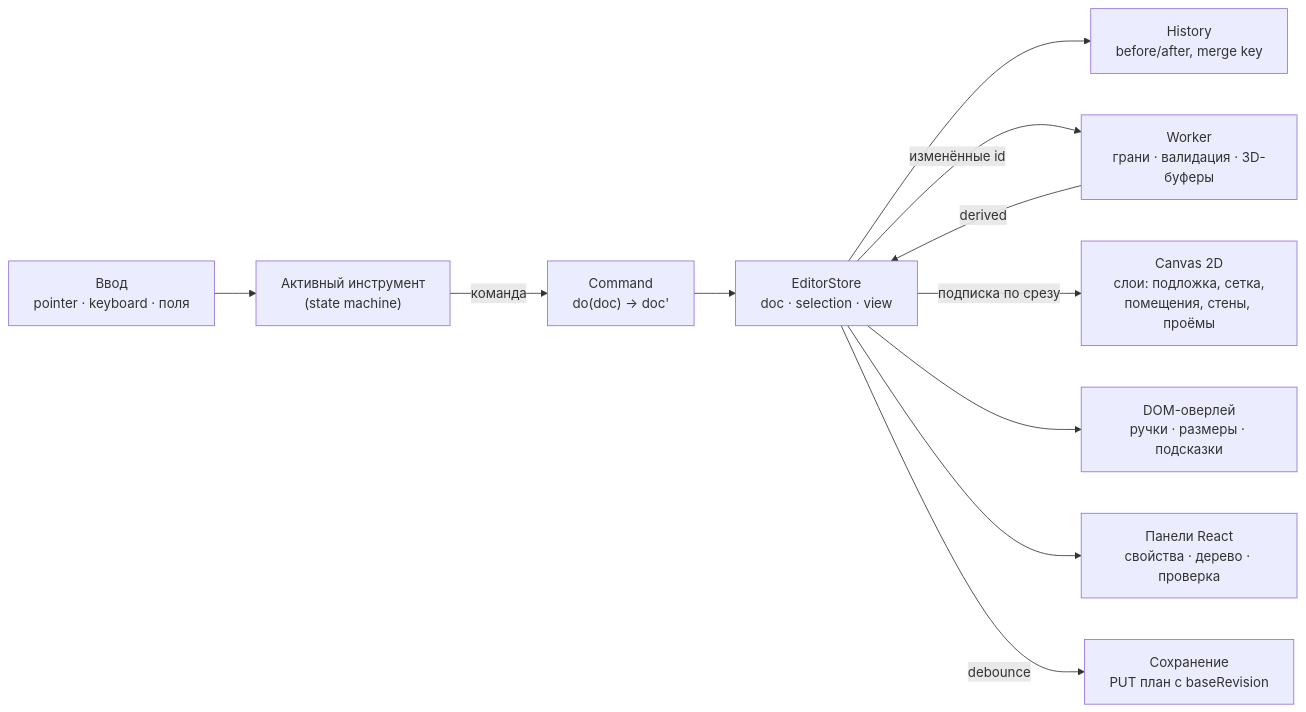
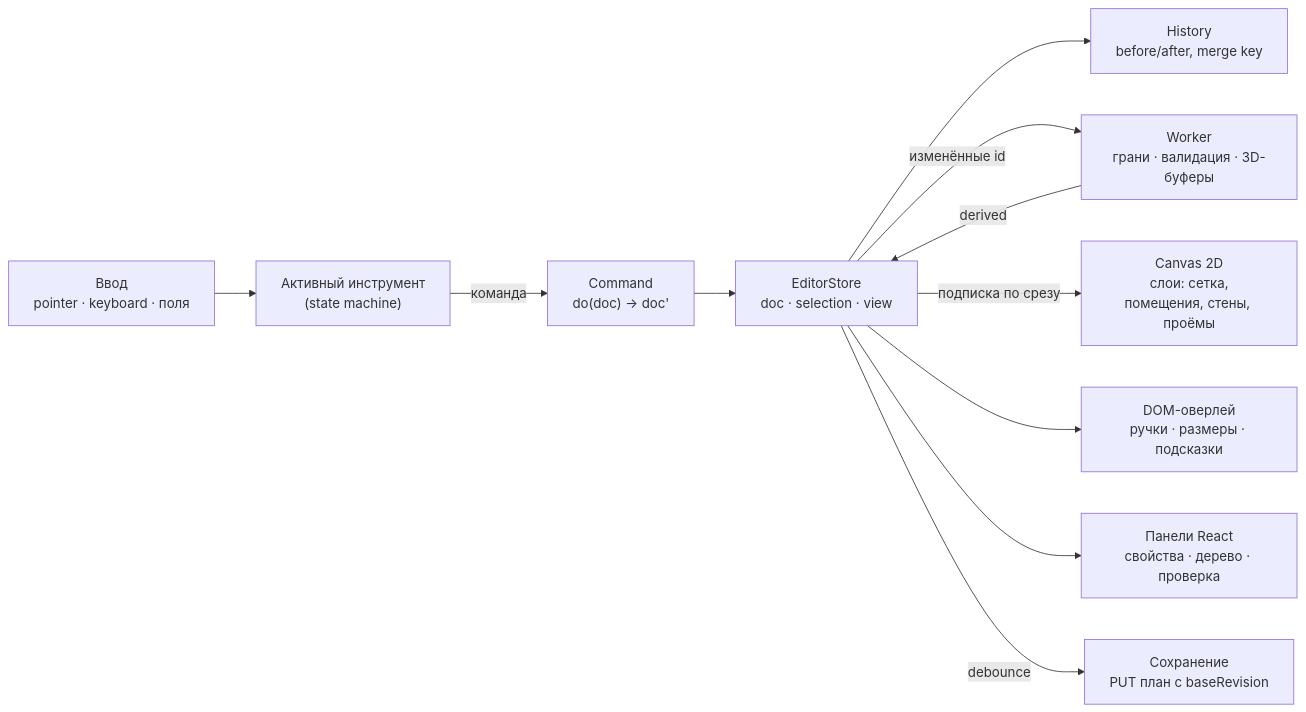
Before and after one commit to startupjafari/studenthub: the fourth of 7 diagrams in docs/CAMPUS_BUILDER.md, drawn with Mermaid. The commit also changed other lines of this file, not shown here.

````diff
--- a/docs/CAMPUS_BUILDER.md
+++ b/docs/CAMPUS_BUILDER.md
@@ -908,13 +914,13 @@
 ```mermaid
 flowchart LR
   IN["Ввод<br/>pointer · keyboard · поля"] --> TOOL["Активный инструмент<br/>(state machine)"]
   TOOL -->|команда| CMD["Command<br/>do(doc) → doc'"]
   CMD --> STORE["EditorStore<br/>doc · selection · view"]
   STORE --> HIST["History<br/>before/after, merge key"]
   STORE -->|изменённые id| WK["Worker<br/>грани · валидация · 3D-буферы"]
   WK -->|derived| STORE
-  STORE -->|подписка по срезу| R2D["Canvas 2D<br/>слои: подложка, сетка,<br/>помещения, стены, проёмы"]
+  STORE -->|подписка по срезу| R2D["Canvas 2D<br/>слои: сетка,<br/>помещения, стены, проёмы"]
   STORE --> OVL["DOM-оверлей<br/>ручки · размеры · подсказки"]
   STORE --> UI["Панели React<br/>свойства · дерево · проверка"]
   STORE -->|debounce| SAVE["Сохранение<br/>PUT план с baseRevision"]
 ```
````
